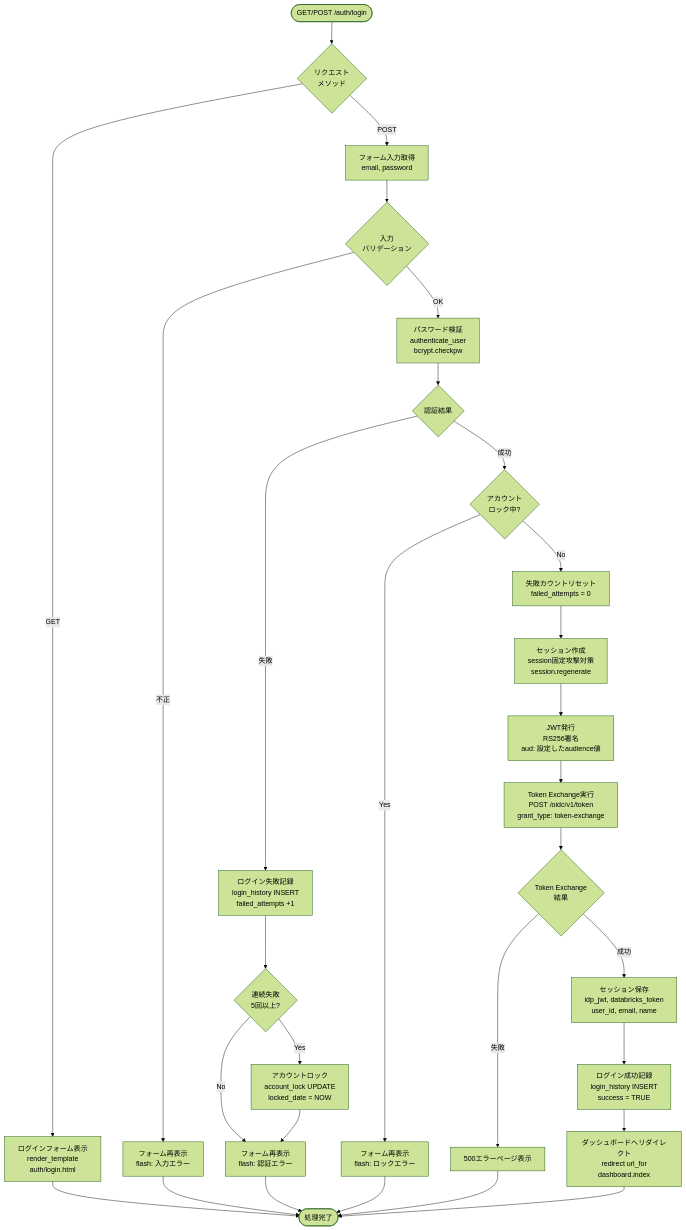
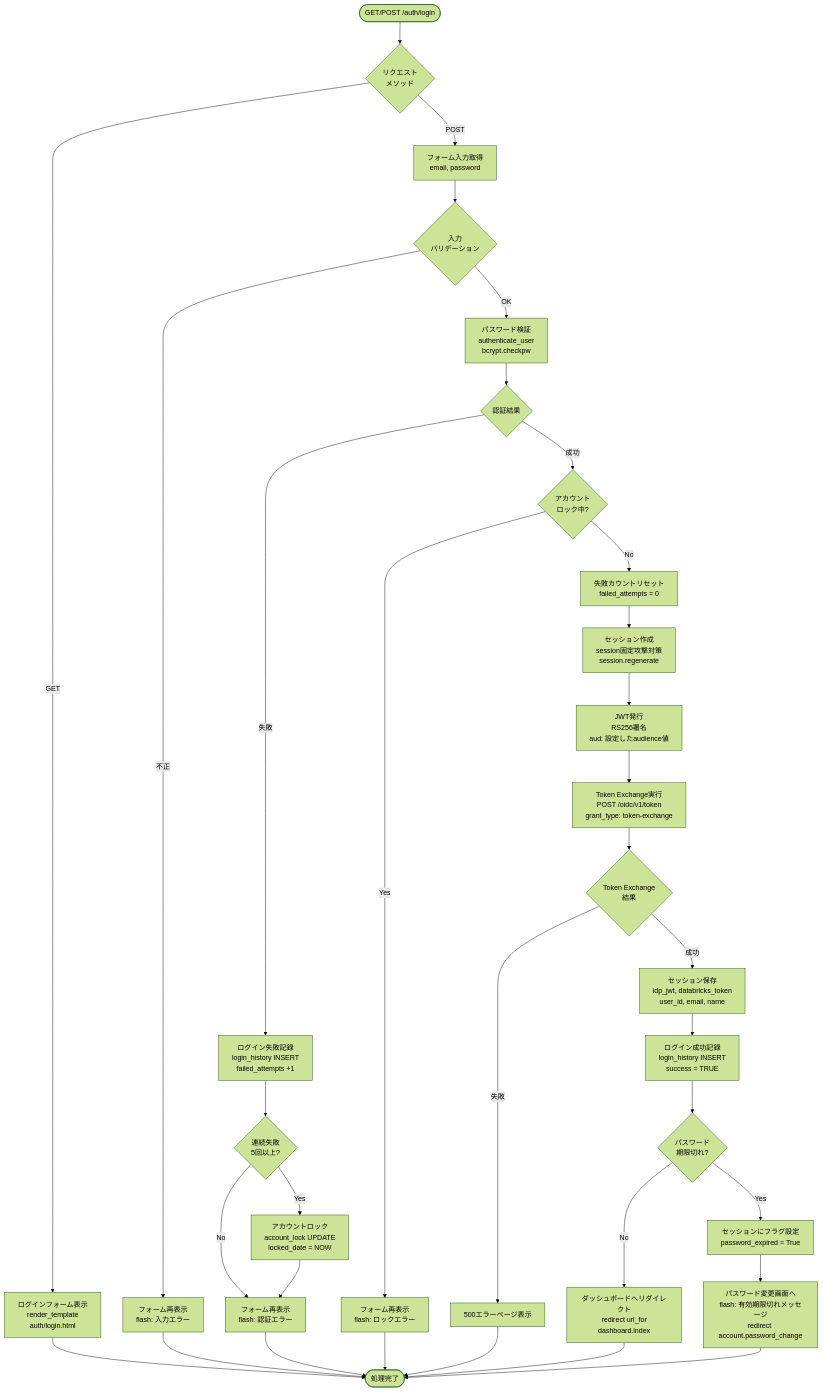
Before and after one commit to NSW-SVCP-AIWG002/Databricks-IoT: the second of 4 diagrams in docs/03-features/common/authentication-specification.md, drawn with Mermaid (forest theme). The commit also changed other lines of this file and 4 other files, not shown here.

````diff
--- a/docs/03-features/common/authentication-specification.md
+++ b/docs/03-features/common/authentication-specification.md
@@ -1281,46 +1465,52 @@
 ```mermaid
 flowchart TD
     Start([GET/POST /auth/login]) --> CheckMethod{リクエスト<br>メソッド}
 
     CheckMethod -->|GET| ShowForm[ログインフォーム表示<br>render_template<br>auth/login.html]
     ShowForm --> End1([処理完了])
 
     CheckMethod -->|POST| GetInput[フォーム入力取得<br>email, password]
     GetInput --> ValidateInput{入力<br>バリデーション}
 
     ValidateInput -->|不正| ShowFormErr[フォーム再表示<br>flash: 入力エラー]
     ShowFormErr --> End1
 
     ValidateInput -->|OK| AuthUser[パスワード検証<br>authenticate_user<br>bcrypt.checkpw]
     AuthUser --> CheckAuth{認証結果}
 
     CheckAuth -->|失敗| RecordFail[ログイン失敗記録<br>login_history INSERT<br>failed_attempts +1]
     RecordFail --> CheckLock{連続失敗<br>5回以上?}
 
     CheckLock -->|Yes| LockAccount[アカウントロック<br>account_lock UPDATE<br>locked_date = NOW]
     CheckLock -->|No| ShowAuthErr[フォーム再表示<br>flash: 認証エラー]
     LockAccount --> ShowAuthErr
     ShowAuthErr --> End1
 
     CheckAuth -->|成功| CheckLocked{アカウント<br>ロック中?}
 
     CheckLocked -->|Yes| ShowLockErr[フォーム再表示<br>flash: ロックエラー]
     ShowLockErr --> End1
 
     CheckLocked -->|No| ResetFail[失敗カウントリセット<br>failed_attempts = 0]
     ResetFail --> CreateSession[セッション作成<br>session固定攻撃対策<br>session.regenerate]
 
     CreateSession --> IssueJWT[JWT発行<br>RS256署名<br>aud: 設定したaudience値]
     IssueJWT --> TokenExchange[Token Exchange実行<br>POST /oidc/v1/token<br>grant_type: token-exchange]
 
     TokenExchange --> CheckExchange{Token Exchange<br>結果}
 
     CheckExchange -->|失敗| Error500[500エラーページ表示]
     Error500 --> End1
 
     CheckExchange -->|成功| SaveSession[セッション保存<br>idp_jwt, databricks_token<br>user_id, email, name]
     SaveSession --> RecordSuccess[ログイン成功記録<br>login_history INSERT<br>success = TRUE]
 
-    RecordSuccess --> Redirect[ダッシュボードへリダイレクト<br>redirect url_for<br>dashboard.index]
+    RecordSuccess --> CheckPwExpiry{パスワード<br>期限切れ?}
+
+    CheckPwExpiry -->|No| Redirect[ダッシュボードへリダイレクト<br>redirect url_for<br>dashboard.index]
     Redirect --> End1
+
+    CheckPwExpiry -->|Yes| SetPwExpiredFlag[セッションにフラグ設定<br>password_expired = True]
+    SetPwExpiredFlag --> RedirectPwChange[パスワード変更画面へ<br>flash: 有効期限切れメッセージ<br>redirect account.password_change]
+    RedirectPwChange --> End1
 ```
````
